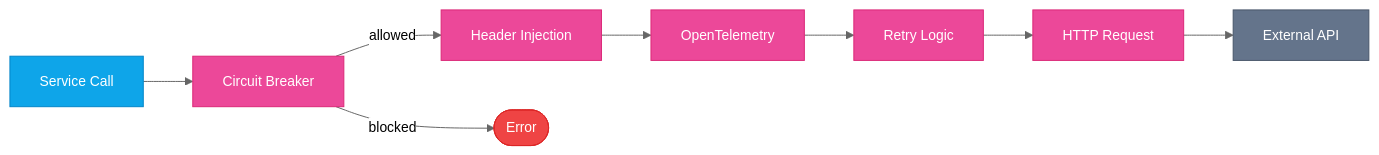
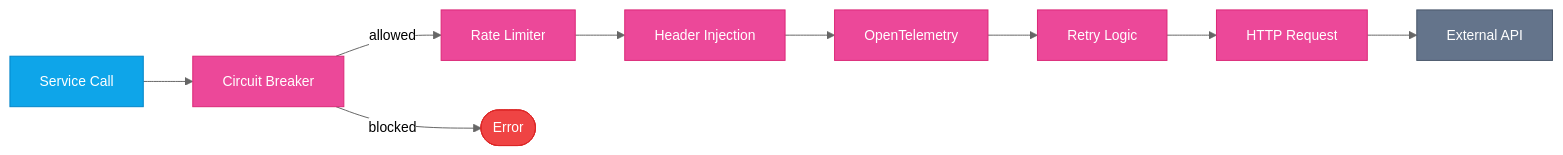
The seventh of 8 diagrams in docs/ARCHITECTURE.md (jsamuelsen11/go-service-template-v2), drawn with Mermaid before and after one commit. The commit also changed other lines of this file, not shown here.

First line of the commit message:
docs: update architecture diagrams for rate limiter

````diff
--- a/docs/ARCHITECTURE.md
+++ b/docs/ARCHITECTURE.md
@@ -1308,26 +1309,27 @@
 ```mermaid
 %%{init: {'theme': 'neutral', 'themeVariables': { 'fontSize': '14px' }}}%%
 flowchart LR
     SVC["Service Call"]
     CB["Circuit Breaker"]
+    RL["Rate Limiter"]
     HDR["Header Injection"]
     OTEL["OpenTelemetry"]
     RETRY["Retry Logic"]
     HTTP["HTTP Request"]
     API["External API"]
 
     SVC --> CB
-    CB -->|"allowed"| HDR
+    CB -->|"allowed"| RL
     CB -->|"blocked"| ERR(["Error"])
-    HDR --> OTEL --> RETRY --> HTTP --> API
+    RL --> HDR --> OTEL --> RETRY --> HTTP --> API
 
     classDef client fill:#ec4899,stroke:#db2777,color:#fff
     classDef external fill:#64748b,stroke:#475569,color:#fff
     classDef error fill:#ef4444,stroke:#dc2626,color:#fff
     classDef app fill:#0ea5e9,stroke:#0284c7,color:#fff
 
-    class CB,HDR,OTEL,RETRY,HTTP client
+    class CB,RL,HDR,OTEL,RETRY,HTTP client
     class API external
     class ERR error
     class SVC app
 ```
````
